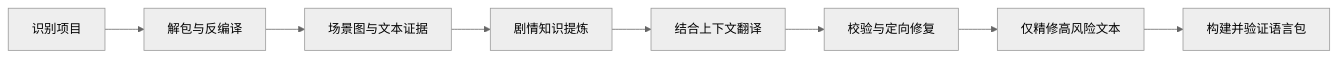
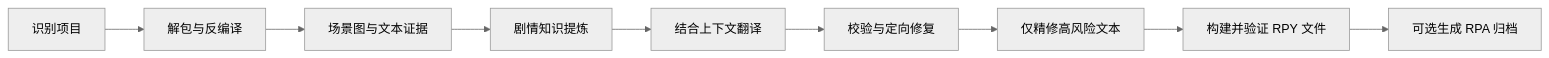
One commit to Mehael-Yeh/RenWeave changed the diagram in docs/README.zh-CN.md. Above: the diagram before and after it, drawn with Mermaid (neutral theme). The commit also changed other lines of this file and 11 other files, not shown here.

````diff
--- a/docs/README.zh-CN.md
+++ b/docs/README.zh-CN.md
@@ -133,10 +133,11 @@
 ```mermaid
 flowchart LR
     A[识别项目] --> B[解包与反编译]
     B --> C[场景图与文本证据]
     C --> D[剧情知识提炼]
     D --> E[结合上下文翻译]
     E --> F[校验与定向修复]
     F --> G[仅精修高风险文本]
-    G --> H[构建并验证语言包]
+    G --> H[构建并验证 RPY 文件]
+    H --> I[可选生成 RPA 归档]
 ```
````
